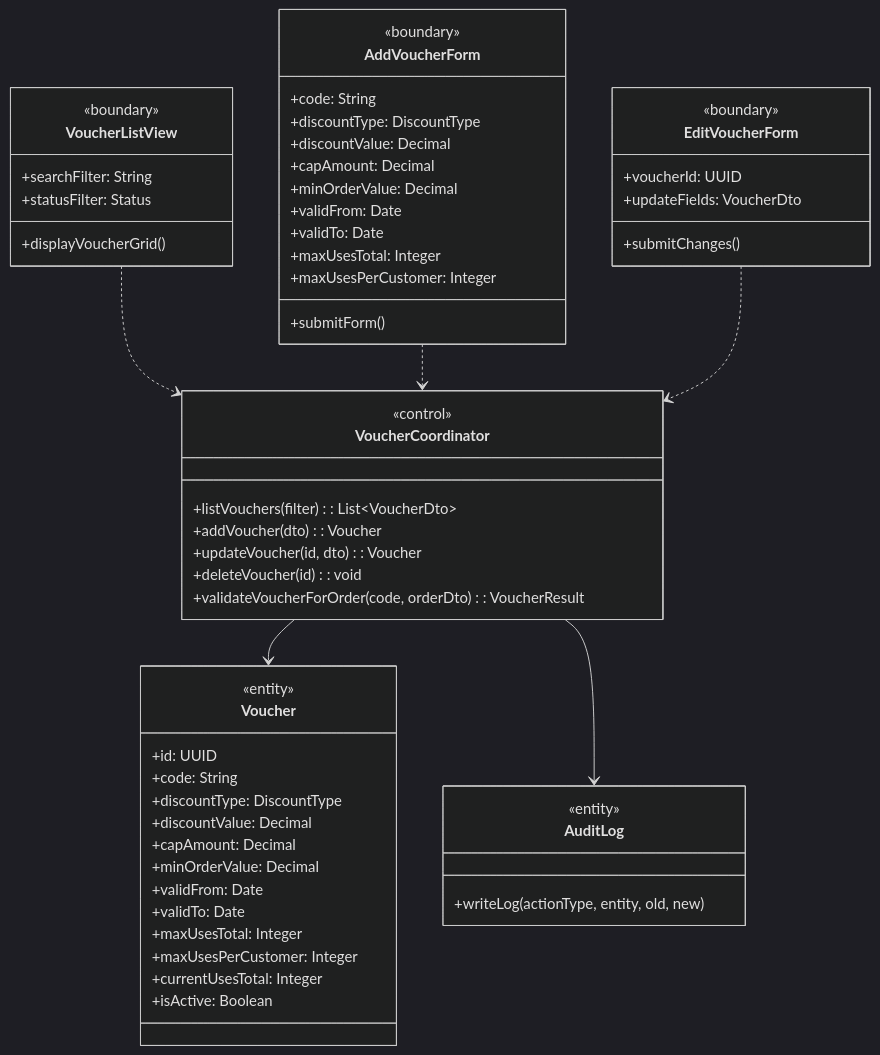
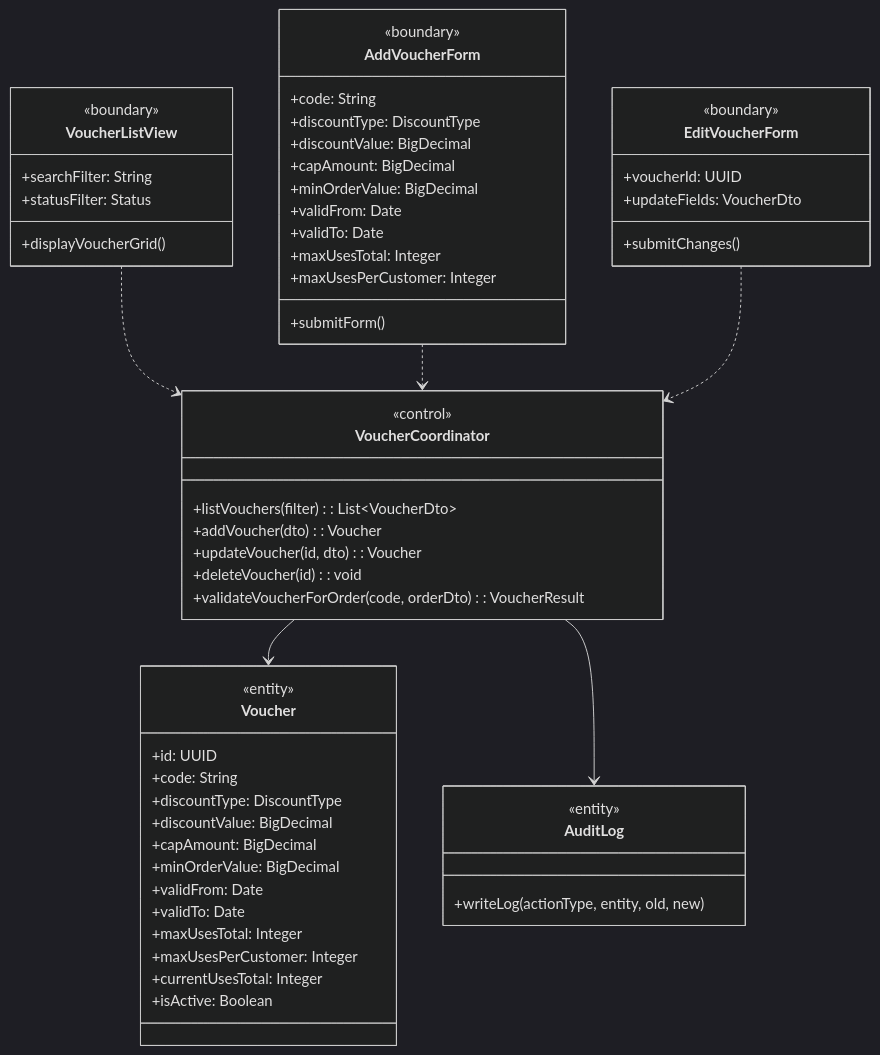
The first of 3 diagrams in rds_sections/07_detailed_3_4_voucher.md (Shaichi/Khoga_coffe_shop), drawn with Mermaid (dark theme) before and after one commit. The commit also changed other lines of this file and 13 other files, not shown here.

Commit message:
docs(rds): Update User entity fields and change Decimal to BigDecimal

````diff
--- a/rds_sections/07_detailed_3_4_voucher.md
+++ b/rds_sections/07_detailed_3_4_voucher.md
@@ -9,61 +9,61 @@
 ```mermaid
 classDiagram
     class VoucherListView {
         <<boundary>>
         +searchFilter: String
         +statusFilter: Status
         +displayVoucherGrid()
     }
     class AddVoucherForm {
         <<boundary>>
         +code: String
         +discountType: DiscountType
-        +discountValue: Decimal
-        +capAmount: Decimal
-        +minOrderValue: Decimal
+        +discountValue: BigDecimal
+        +capAmount: BigDecimal
+        +minOrderValue: BigDecimal
         +validFrom: Date
         +validTo: Date
         +maxUsesTotal: Integer
         +maxUsesPerCustomer: Integer
         +submitForm()
     }
     class EditVoucherForm {
         <<boundary>>
         +voucherId: UUID
         +updateFields: VoucherDto
         +submitChanges()
     }
     class VoucherCoordinator {
         <<control>>
         +listVouchers(filter): List~VoucherDto~
         +addVoucher(dto): Voucher
         +updateVoucher(id, dto): Voucher
         +deleteVoucher(id): void
         +validateVoucherForOrder(code, orderDto): VoucherResult
     }
     class Voucher {
         <<entity>>
         +id: UUID
         +code: String
         +discountType: DiscountType
-        +discountValue: Decimal
-        +capAmount: Decimal
-        +minOrderValue: Decimal
+        +discountValue: BigDecimal
+        +capAmount: BigDecimal
+        +minOrderValue: BigDecimal
         +validFrom: Date
         +validTo: Date
         +maxUsesTotal: Integer
         +maxUsesPerCustomer: Integer
         +currentUsesTotal: Integer
         +isActive: Boolean
     }
     class AuditLog {
         <<entity>>
         +writeLog(actionType, entity, old, new)
     }
 
     VoucherListView ..> VoucherCoordinator
     AddVoucherForm ..> VoucherCoordinator
     EditVoucherForm ..> VoucherCoordinator
     VoucherCoordinator --> Voucher
     VoucherCoordinator --> AuditLog
 ```
````
